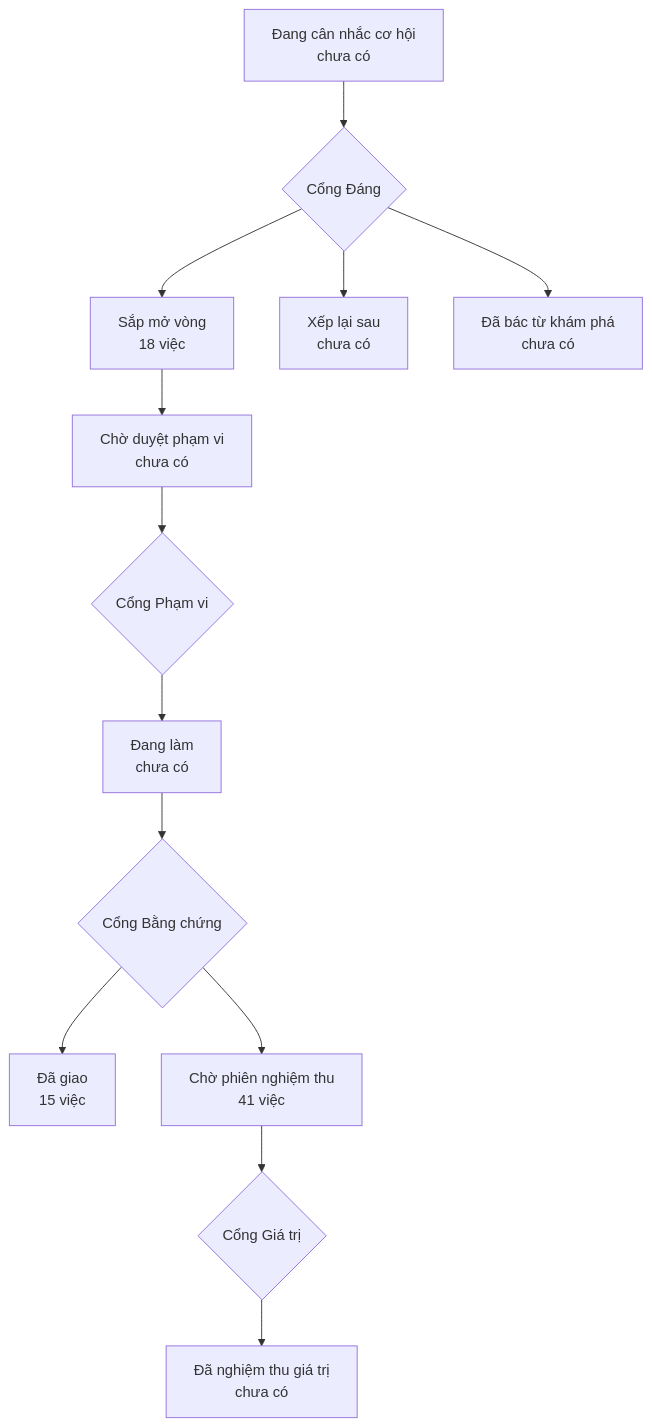
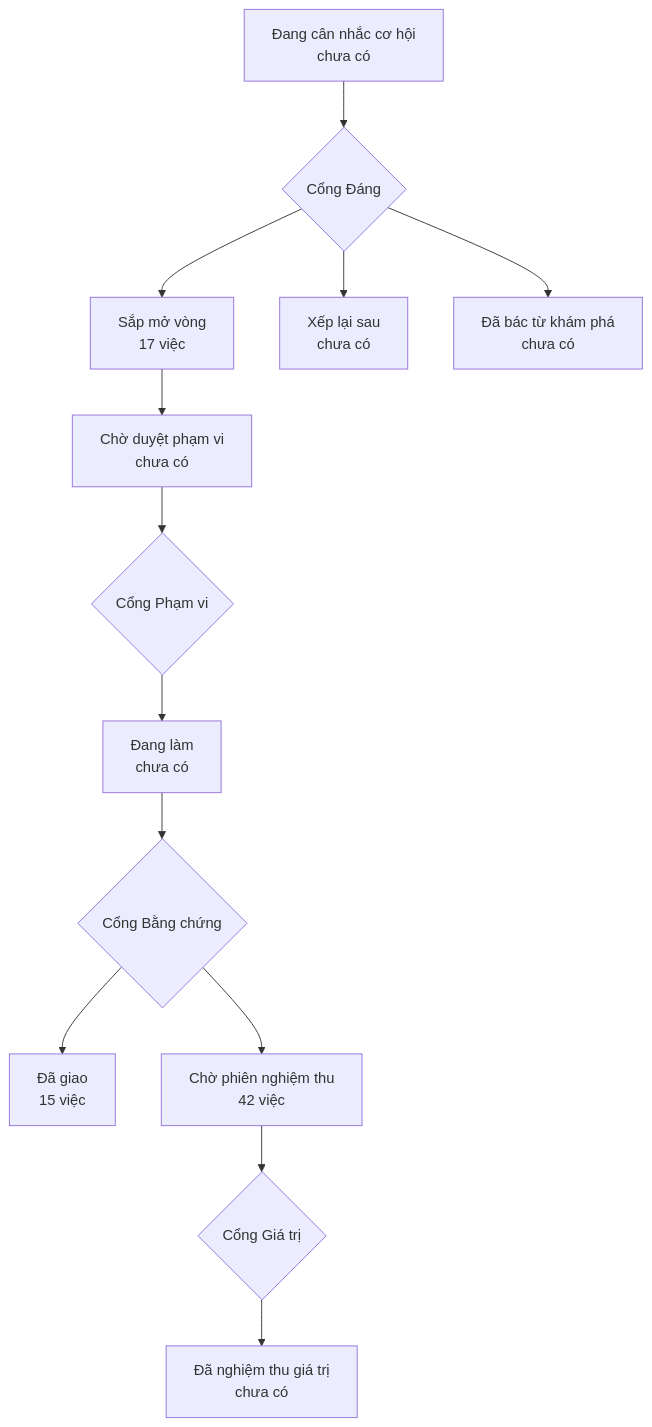
Before and after one commit to phanlemanh/onehub-quy-hang: the diagram in PRODUCT-MAP.md, drawn with Mermaid. The commit also changed 1 other file, not shown here.

Commit message:
chore(dieu-phoi): vẽ lại bản đồ sau gộp main

````diff
--- a/PRODUCT-MAP.md
+++ b/PRODUCT-MAP.md
@@ -7,12 +7,12 @@
 ```mermaid
 flowchart TD
   A["Đang cân nhắc cơ hội<br/>chưa có"] --> GD{"Cổng Đáng"}
-  GD --> B["Sắp mở vòng<br/>18 việc"]
+  GD --> B["Sắp mở vòng<br/>17 việc"]
   GD --> XL["Xếp lại sau<br/>chưa có"]
   GD --> DB["Đã bác từ khám phá<br/>chưa có"]
   B --> CD["Chờ duyệt phạm vi<br/>chưa có"] --> GP{"Cổng Phạm vi"}
   GP --> DL["Đang làm<br/>chưa có"] --> GB{"Cổng Bằng chứng"}
   GB --> DG["Đã giao<br/>15 việc"]
-  GB --> CN["Chờ phiên nghiệm thu<br/>41 việc"] --> GG{"Cổng Giá trị"}
+  GB --> CN["Chờ phiên nghiệm thu<br/>42 việc"] --> GG{"Cổng Giá trị"}
   GG --> NT["Đã nghiệm thu giá trị<br/>chưa có"]
 ```
````
